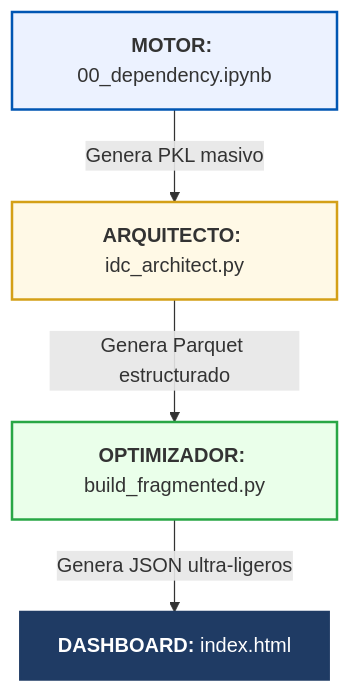
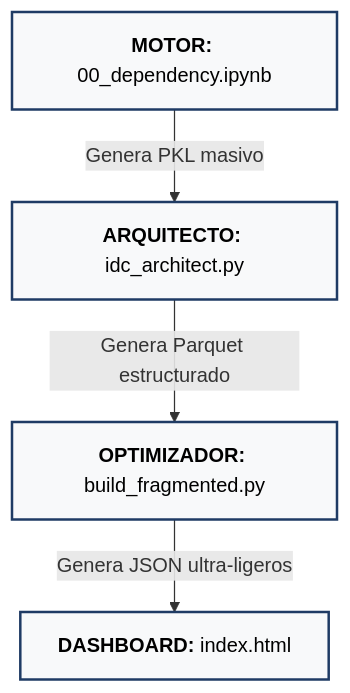
Before and after one commit to mhidper/Seguridad-Economica: the diagram in README.md, drawn with Mermaid.

Commit message:
style: refine Mermaid diagram color scheme in README.

````diff
--- a/README.md
+++ b/README.md
@@ -32,11 +32,11 @@
 ```mermaid
 graph TD
     A[<b>MOTOR:</b> 00_dependency.ipynb] -->|Genera PKL masivo| B[<b>ARQUITECTO:</b> idc_architect.py]
     B -->|Genera Parquet estructurado| C[<b>OPTIMIZADOR:</b> build_fragmented.py]
     C -->|Genera JSON ultra-ligeros| D[<b>DASHBOARD:</b> index.html]
     
-    style A fill:#ecf2ff,stroke:#0056b3,stroke-width:2px
-    style B fill:#fff9e6,stroke:#d4a017,stroke-width:2px
-    style C fill:#eaffea,stroke:#28a745,stroke-width:2px
-    style D fill:#1f3b64,stroke:#1f3b64,color:#fff,stroke-width:2px
+    style A fill:#f8f9fa,stroke:#1f3b64,stroke-width:2px,color:#000
+    style B fill:#f8f9fa,stroke:#1f3b64,stroke-width:2px,color:#000
+    style C fill:#f8f9fa,stroke:#1f3b64,stroke-width:2px,color:#000
+    style D fill:#f8f9fa,stroke:#1f3b64,stroke-width:2px,color:#000
 ```
````
